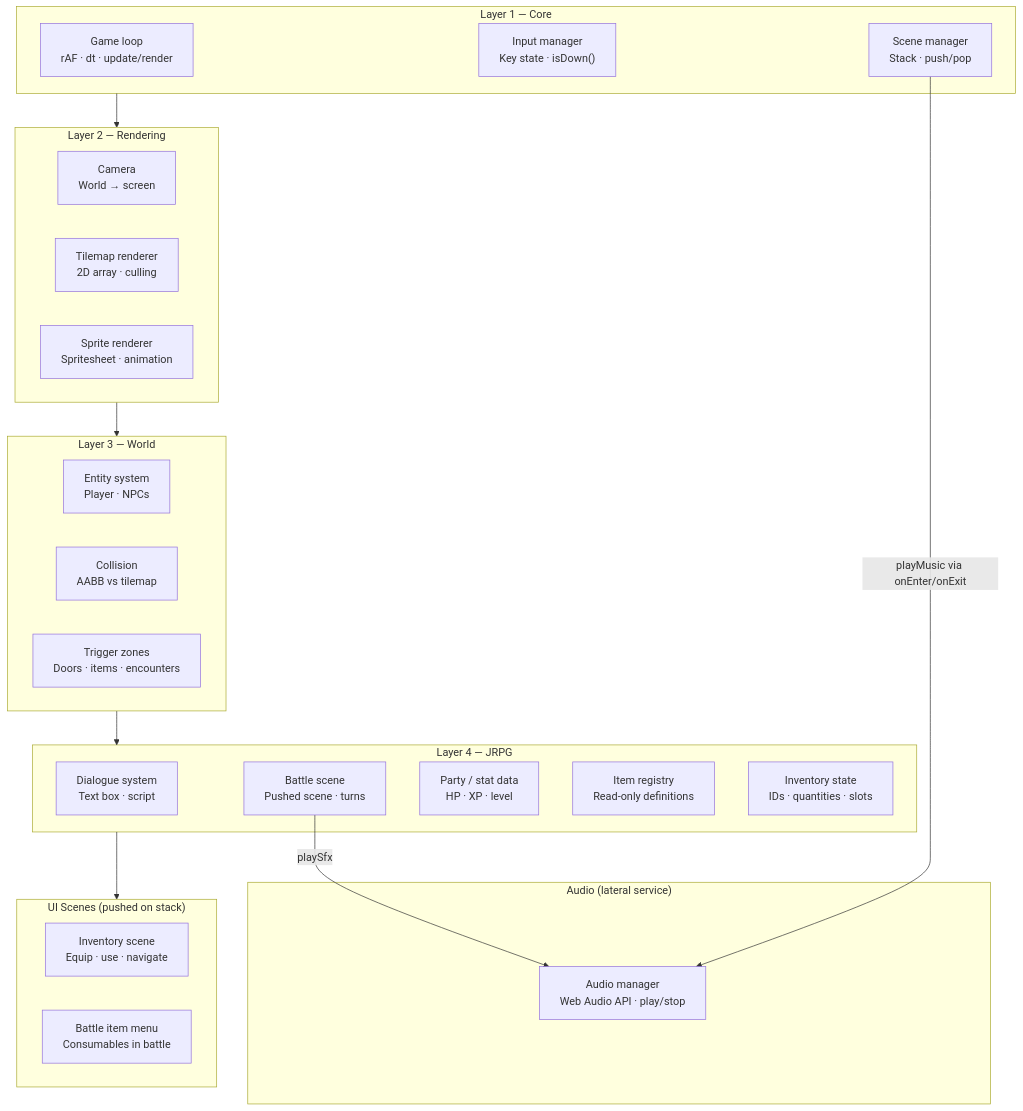
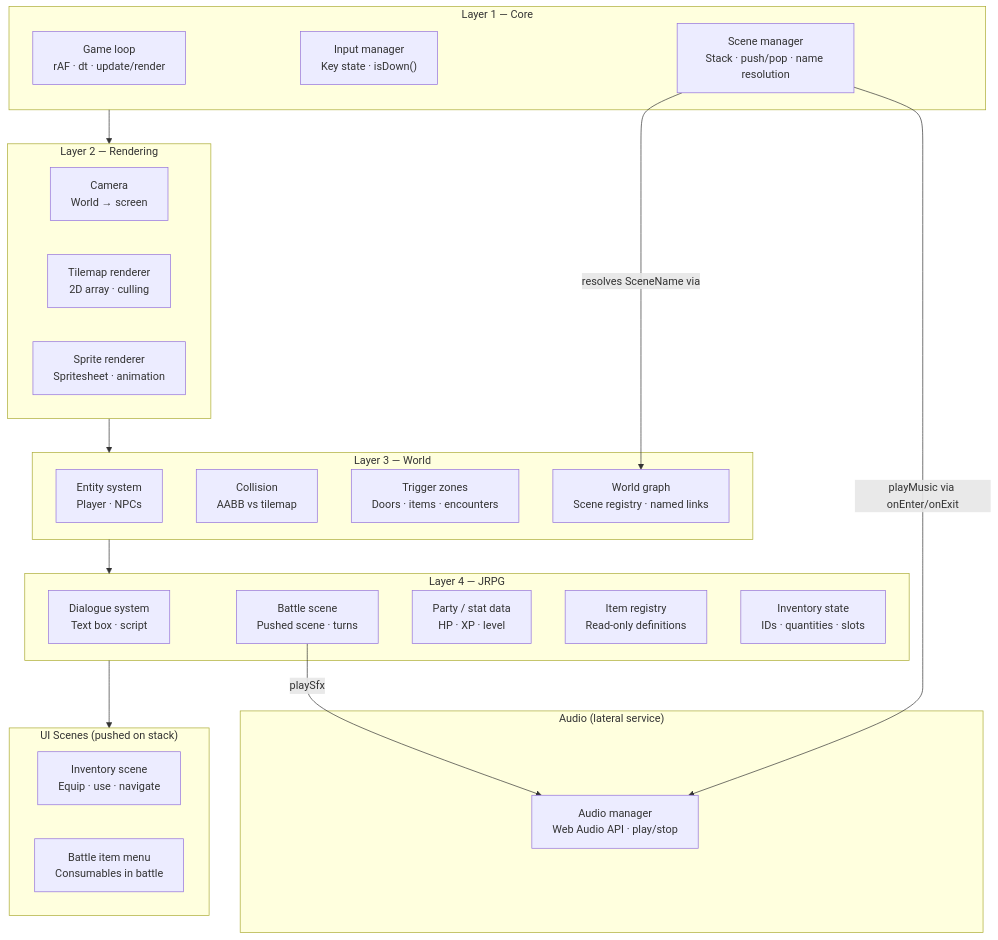
One commit to cbuchert/graham-jam changed the second of 2 diagrams in documents/grand-plan.md. Above: the diagram before and after it, drawn with Mermaid. The commit also changed other lines of this file and 8 other files, not shown here.

````diff
--- a/documents/grand-plan.md
+++ b/documents/grand-plan.md
@@ -231,44 +252,46 @@
 ```mermaid
 graph TB
   subgraph L1["Layer 1 — Core"]
     GameLoop["Game loop\nrAF · dt · update/render"]
     Input["Input manager\nKey state · isDown()"]
-    SceneManager["Scene manager\nStack · push/pop"]
+    SceneManager["Scene manager\nStack · push/pop · name resolution"]
   end
 
   subgraph Audio["Audio (lateral service)"]
     AudioManager["Audio manager\nWeb Audio API · play/stop"]
   end
 
   subgraph L2["Layer 2 — Rendering"]
     Camera["Camera\nWorld → screen"]
     Tilemap["Tilemap renderer\n2D array · culling"]
     Sprite["Sprite renderer\nSpritesheet · animation"]
   end
 
   subgraph L3["Layer 3 — World"]
     Entity["Entity system\nPlayer · NPCs"]
     Collision["Collision\nAABB vs tilemap"]
     Triggers["Trigger zones\nDoors · items · encounters"]
+    WorldGraph["World graph\nScene registry · named links"]
   end
 
   subgraph L4["Layer 4 — JRPG"]
     Dialogue["Dialogue system\nText box · script"]
     Battle["Battle scene\nPushed scene · turns"]
     Party["Party / stat data\nHP · XP · level"]
     Registry["Item registry\nRead-only definitions"]
     Inventory["Inventory state\nIDs · quantities · slots"]
   end
 
   subgraph UI["UI Scenes (pushed on stack)"]
     InvScene["Inventory scene\nEquip · use · navigate"]
     BattleMenu["Battle item menu\nConsumables in battle"]
   end
 
   L1 --> L2
   L2 --> L3
   L3 --> L4
   L4 --> UI
+  SceneManager -->|"resolves SceneName via"| WorldGraph
   SceneManager -->|"playMusic via onEnter/onExit"| AudioManager
   Battle -->|"playSfx"| AudioManager
 ```
````
